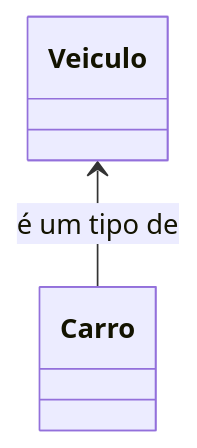
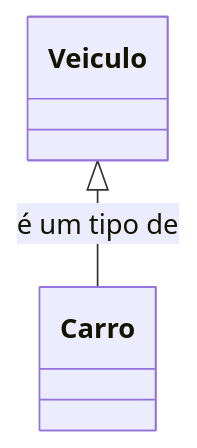
One commit to conteudoGeneration/cookbook_javascript changed the first of 10 diagrams in 01_javascript/16.md. Above: the diagram before and after it, drawn with Mermaid. The commit also changed other lines of this file, not shown here.

````diff
--- a/01_javascript/16.md
+++ b/01_javascript/16.md
@@ -21,4 +21,4 @@
 ```mermaid
 classDiagram
-Veiculo <-- Carro: é um tipo de
+Veiculo <|-- Carro: é um tipo de
 ```
````
